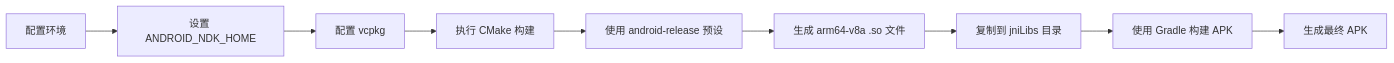
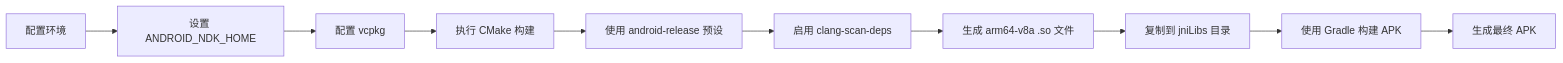
One commit to hsmbanlance/HsBaSlicer changed the ninth of 9 diagrams in .qoder/repowiki/zh/content/构建与部署/Android 构建指南.md. Above: the diagram before and after it, drawn with Mermaid. The commit also changed other lines of this file and 19 other files, not shown here.

````diff
--- a/.qoder/repowiki/zh/content/构建与部署/Android 构建指南.md
+++ b/.qoder/repowiki/zh/content/构建与部署/Android 构建指南.md
@@ -329,11 +383,12 @@
 ```mermaid
 flowchart LR
 A[配置环境] --> B[设置 ANDROID_NDK_HOME]
 B --> C[配置 vcpkg]
 C --> D[执行 CMake 构建]
 D --> E[使用 android-release 预设]
-E --> F[生成 arm64-v8a .so 文件]
-F --> G[复制到 jniLibs 目录]
-G --> H[使用 Gradle 构建 APK]
-H --> I[生成最终 APK]
+E --> F[启用 clang-scan-deps]
+F --> G[生成 arm64-v8a .so 文件]
+G --> H[复制到 jniLibs 目录]
+H --> I[使用 Gradle 构建 APK]
+I --> J[生成最终 APK]
 ```
````
